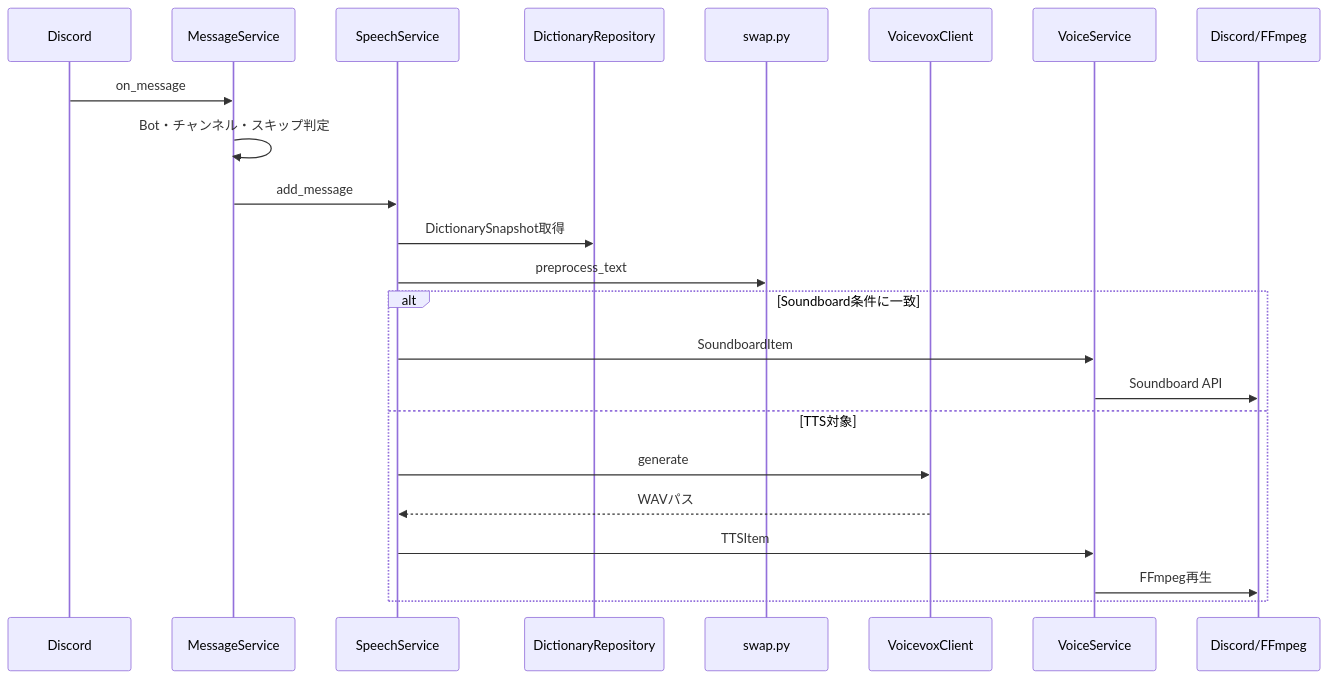
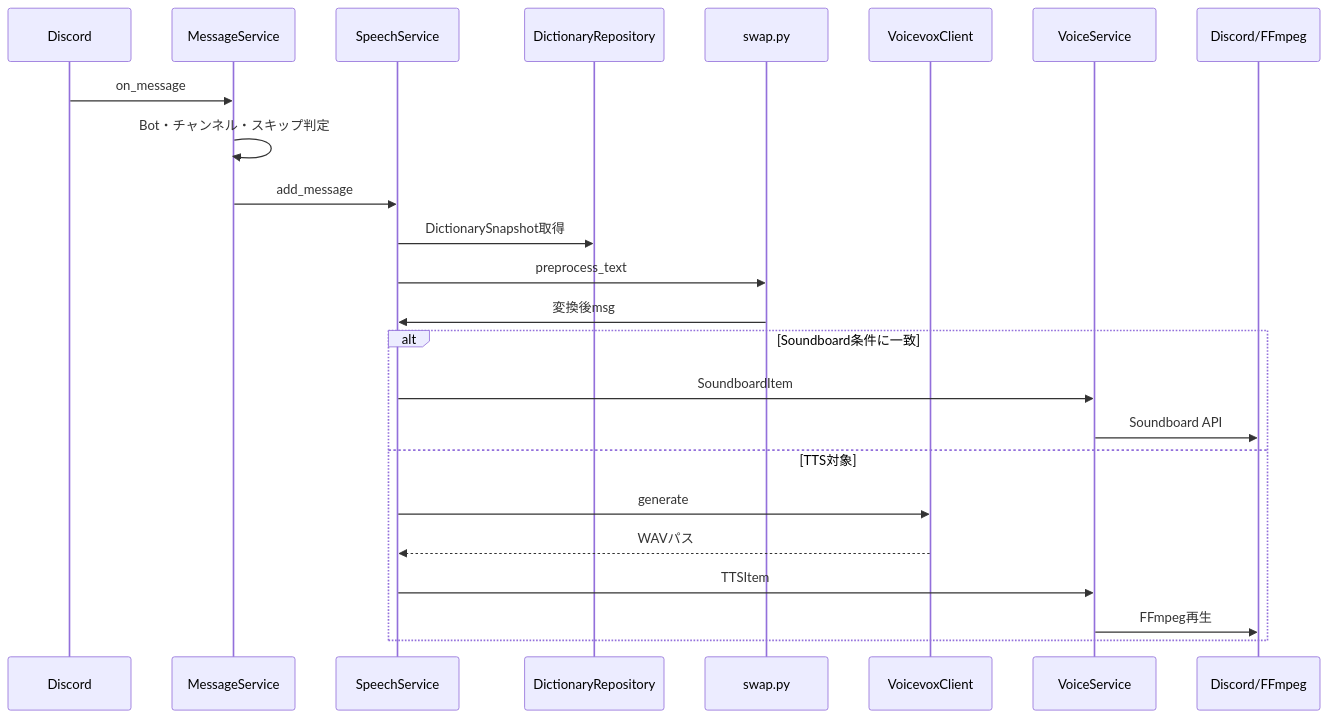
One commit to dora-ntmk/Tsumugium changed the second of 3 diagrams in docs/ARCHITECTURE.md. Above: the diagram before and after it, drawn with Mermaid.

Commit message:
シーケンス図に誤りがあったため、修正

````diff
--- a/docs/ARCHITECTURE.md
+++ b/docs/ARCHITECTURE.md
@@ -68,26 +68,27 @@
 ```mermaid
 sequenceDiagram
     participant D as Discord
     participant M as MessageService
     participant S as SpeechService
     participant R as DictionaryRepository
     participant P as swap.py
     participant V as VoicevoxClient
     participant Q as VoiceService
     participant A as Discord/FFmpeg
 
     D->>M: on_message
     M->>M: Bot・チャンネル・スキップ判定
     M->>S: add_message
     S->>R: DictionarySnapshot取得
     S->>P: preprocess_text
+    P->>S: 変換後msg
     alt Soundboard条件に一致
         S->>Q: SoundboardItem
         Q->>A: Soundboard API
     else TTS対象
         S->>V: generate
         V-->>S: WAVパス
         S->>Q: TTSItem
         Q->>A: FFmpeg再生
     end
 ```
````
